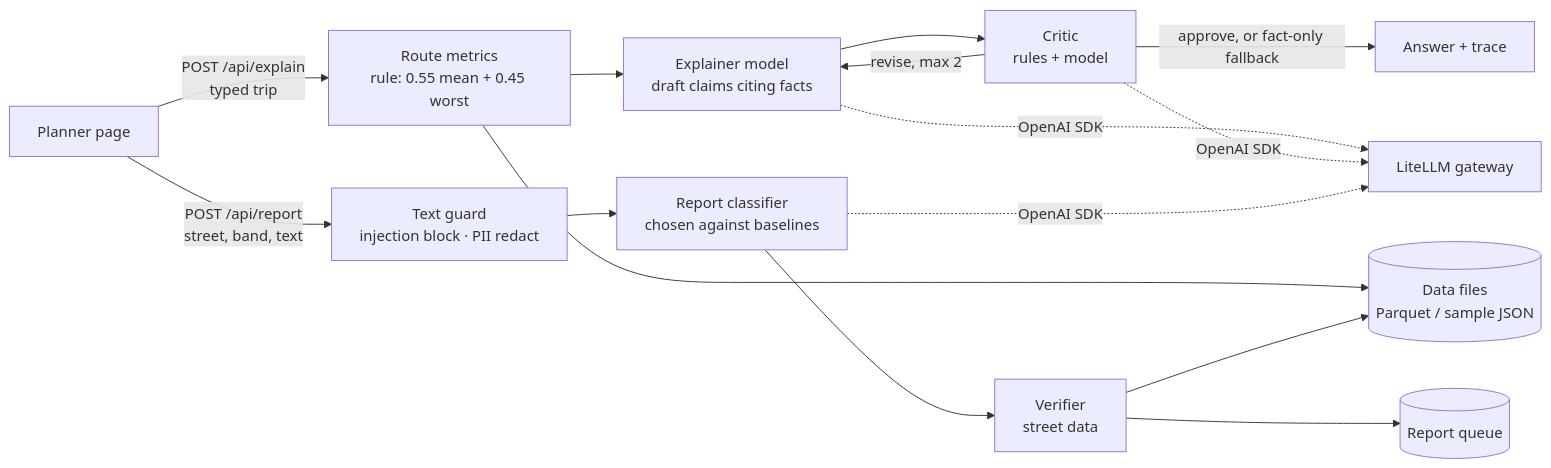
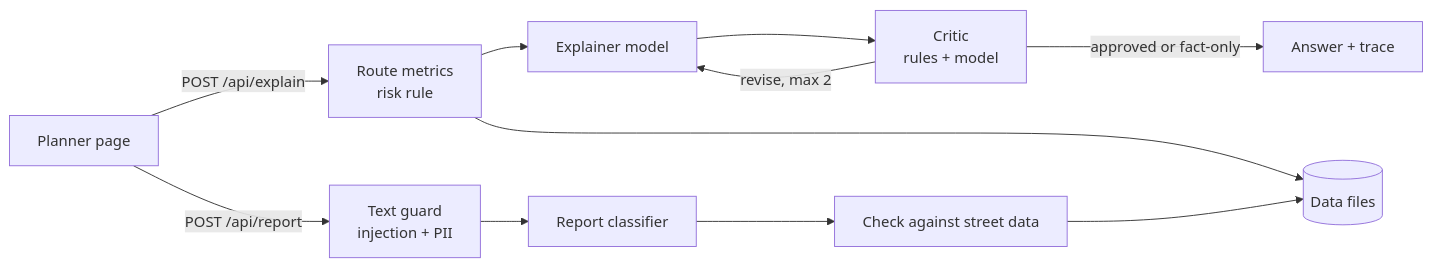
One commit to shuruthy24/Athena changed the diagram in README.md. Above: the diagram before and after it, drawn with Mermaid. The commit also changed other lines of this file and 4 other files, not shown here.

````diff
--- a/README.md
+++ b/README.md
@@ -62,13 +35,9 @@
 ```mermaid
 flowchart LR
-  U[Planner page] -->|POST /api/explain<br/>typed trip| R[Route metrics<br/>rule: 0.55 mean + 0.45 worst]
-  R --> X[Explainer model<br/>draft claims citing facts]
-  X --> C[Critic<br/>rules + model]
+  U[Planner page] -->|POST /api/explain| R[Route metrics<br/>risk rule]
+  R --> X[Explainer model] --> C[Critic<br/>rules + model]
   C -->|revise, max 2| X
-  C -->|approve, or fact-only fallback| O[Answer + trace]
-  U -->|POST /api/report<br/>street, band, text| S[Text guard<br/>injection block · PII redact]
-  S --> K[Report classifier<br/>chosen against baselines]
-  K --> V[Verifier<br/>street data] --> Q[(Report queue)]
-  R & V --> D[(Data files<br/>Parquet / sample JSON)]
-  X & C & K -.->|OpenAI SDK| GW[LiteLLM gateway]
+  C -->|approved or fact-only| O[Answer + trace]
+  U -->|POST /api/report| S[Text guard<br/>injection + PII] --> K[Report classifier] --> V[Check against street data]
+  R & V --> D[(Data files)]
 ```
````
